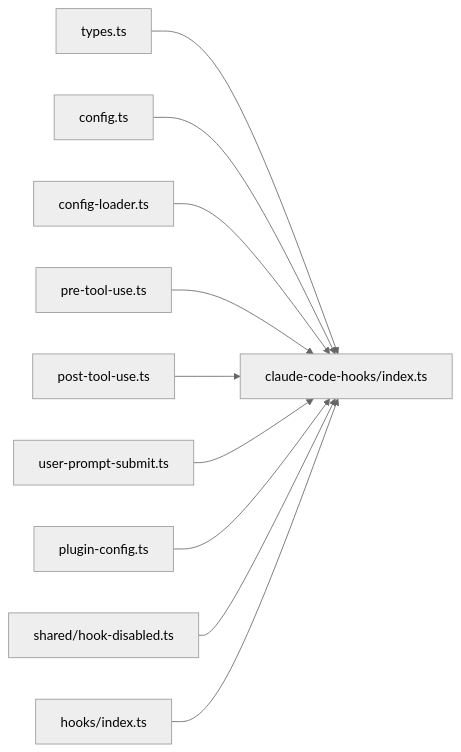
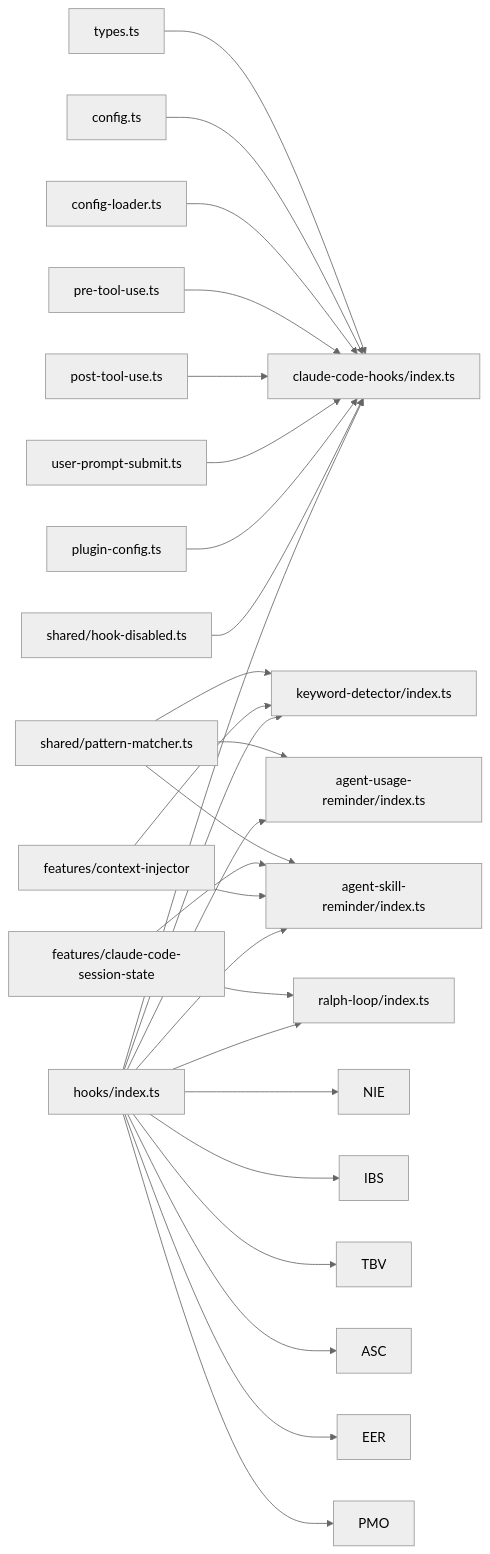
Diagram 17 of 17 in .qoder/repowiki/zh/content/配置管理/钩子配置.md (code-yeongyu/oh-my-openagent), drawn with Mermaid (neutral theme) before and after one commit. The commit also changed other lines of this file and 61 other files, not shown here.

First line of the commit message:
feat(mdsel): integrate mdsel as built-in skill with reminder hook

````diff
--- a/.qoder/repowiki/zh/content/配置管理/钩子配置.md
+++ b/.qoder/repowiki/zh/content/配置管理/钩子配置.md
@@ -318,12 +736,29 @@
 ```mermaid
 graph LR
 Types["types.ts"] --> CCIdx["claude-code-hooks/index.ts"]
 Conf["config.ts"] --> CCIdx
 Ext["config-loader.ts"] --> CCIdx
 Pre["pre-tool-use.ts"] --> CCIdx
 Pst["post-tool-use.ts"] --> CCIdx
 Usr["user-prompt-submit.ts"] --> CCIdx
 Def["plugin-config.ts"] --> CCIdx
 Dis["shared/hook-disabled.ts"] --> CCIdx
+PM["shared/pattern-matcher.ts"] --> KD["keyword-detector/index.ts"]
+PM --> ARU["agent-usage-reminder/index.ts"]
+PM --> ASR["agent-skill-reminder/index.ts"]
+SES["features/claude-code-session-state"] --> ASR
+SES --> RL["ralph-loop/index.ts"]
+CI["features/context-injector"] --> ASR
+CI --> KD
 HIdx["hooks/index.ts"] --> CCIdx
+HIdx --> ARU
+HIdx --> ASR
+HIdx --> KD
+HIdx --> NIE
+HIdx --> IBS
+HIdx --> TBV
+HIdx --> RL
+HIdx --> ASC
+HIdx --> EER
+HIdx --> PMO
 ```
````
